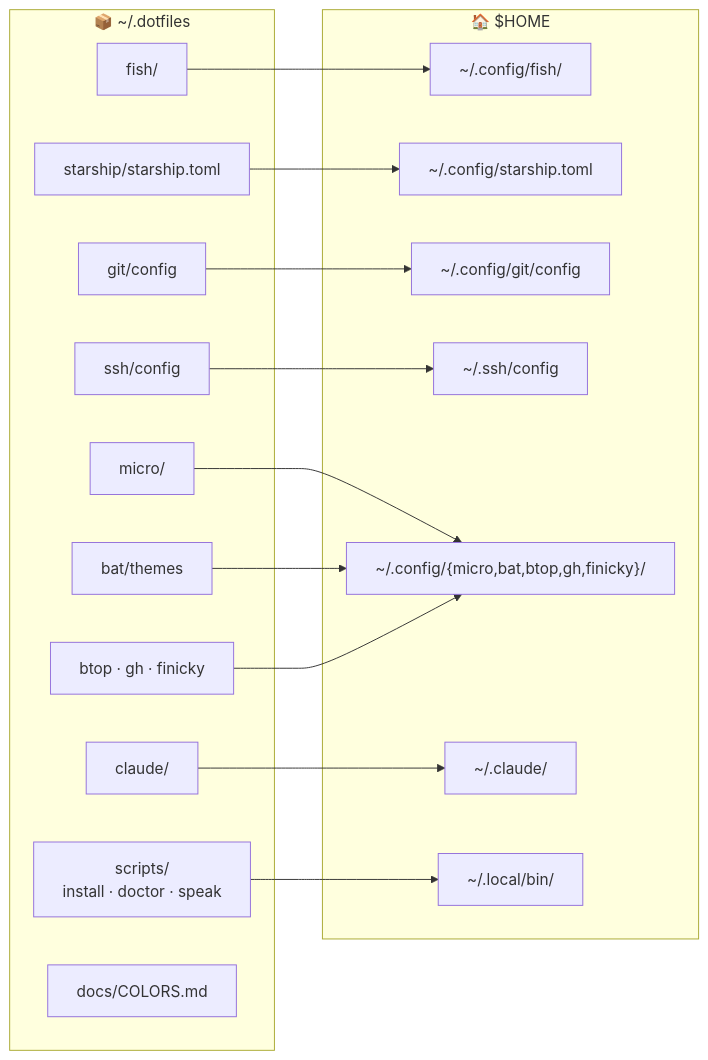
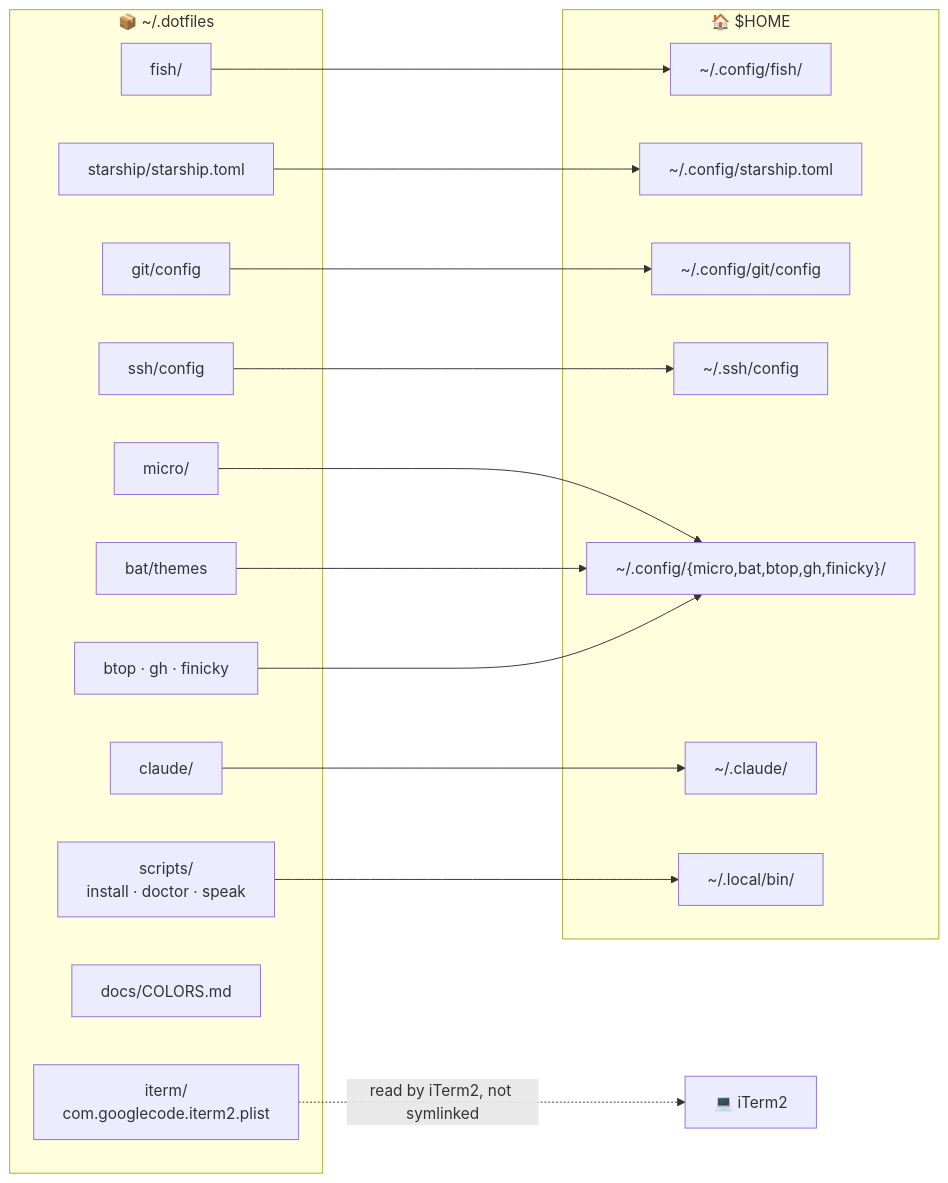
One commit to sergio-santiago/.dotfiles changed the first of 5 diagrams in README.md. Above: the diagram before and after it, drawn with Mermaid. The commit also changed other lines of this file and 1 other file, not shown here.

````diff
--- a/README.md
+++ b/README.md
@@ -101,33 +103,35 @@
 ```mermaid
 flowchart LR
     subgraph repo["📦 ~/.dotfiles"]
         fish["fish/"]
         starship["starship/starship.toml"]
         gitc["git/config"]
         ssh["ssh/config"]
         micro["micro/"]
         bat["bat/themes"]
         claude["claude/"]
         misc["btop · gh · finicky"]
         scripts["scripts/<br/>install · doctor · speak"]
         docs["docs/COLORS.md"]
+        iterm["iterm/<br/>com.googlecode.iterm2.plist"]
     end
     subgraph home["🏠 $HOME"]
         cfgfish["~/.config/fish/"]
         cfgstar["~/.config/starship.toml"]
         cfggit["~/.config/git/config"]
         sshcfg["~/.ssh/config"]
         cfgmisc["~/.config/{micro,bat,btop,gh,finicky}/"]
         dotclaude["~/.claude/"]
         localbin["~/.local/bin/"]
     end
     fish --> cfgfish
     starship --> cfgstar
     gitc --> cfggit
     ssh --> sshcfg
     micro --> cfgmisc
     bat --> cfgmisc
     misc --> cfgmisc
     claude --> dotclaude
     scripts --> localbin
+    iterm -.->|"read by iTerm2, not symlinked"| app["💻 iTerm2"]
 ```
````
